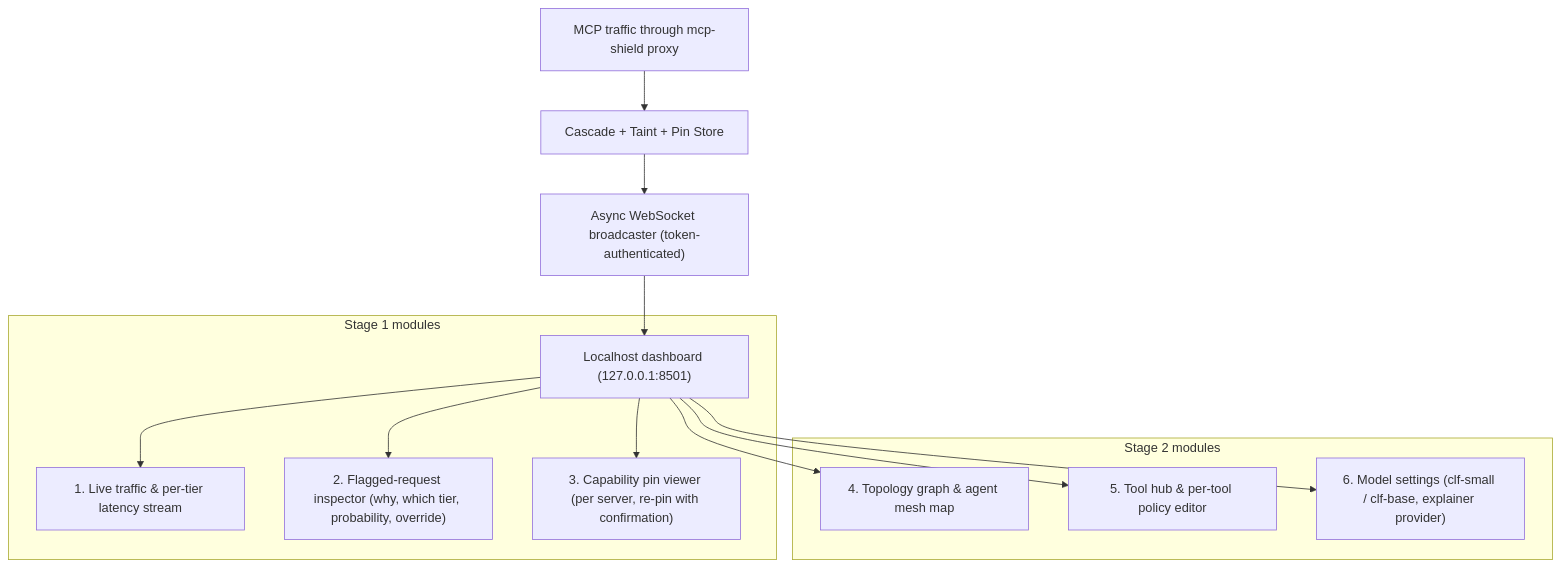
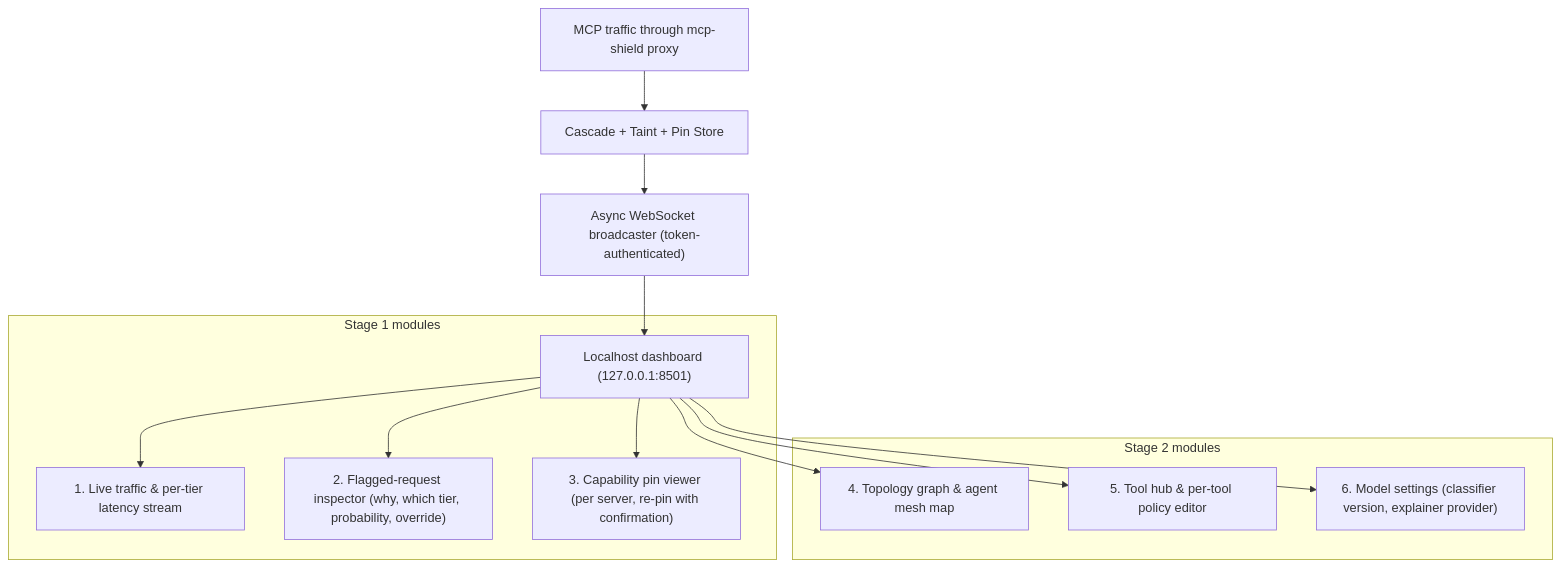
Before and after one commit to rishikeshvarma/MCP-Shield: the first of 5 diagrams in 07 - Model Distribution, PyPI Packaging & Local Dashboard.md, drawn with Mermaid. The commit also changed other lines of this file and 13 other files, not shown here.

First line of the commit message:
Fix table rendering in Review-2 content; export diagrams as PNGs

````diff
--- a/07 - Model Distribution, PyPI Packaging & Local Dashboard.md
+++ b/07 - Model Distribution, PyPI Packaging & Local Dashboard.md
@@ -101,17 +101,17 @@
 ```mermaid
 graph TD
     Traffic["MCP traffic through mcp-shield proxy"] --> Engine["Cascade + Taint + Pin Store"]
     Engine --> WS["Async WebSocket broadcaster (token-authenticated)"]
     WS --> UI["Localhost dashboard (127.0.0.1:8501)"]
 
     subgraph S1["Stage 1 modules"]
         UI --> M1["1. Live traffic & per-tier latency stream"]
         UI --> M2["2. Flagged-request inspector (why, which tier, probability, override)"]
         UI --> M3["3. Capability pin viewer (per server, re-pin with confirmation)"]
     end
     subgraph S2["Stage 2 modules"]
         UI --> M4["4. Topology graph & agent mesh map"]
         UI --> M5["5. Tool hub & per-tool policy editor"]
-        UI --> M6["6. Model settings (clf-small / clf-base, explainer provider)"]
+        UI --> M6["6. Model settings (classifier version, explainer provider)"]
     end
 ```
````
